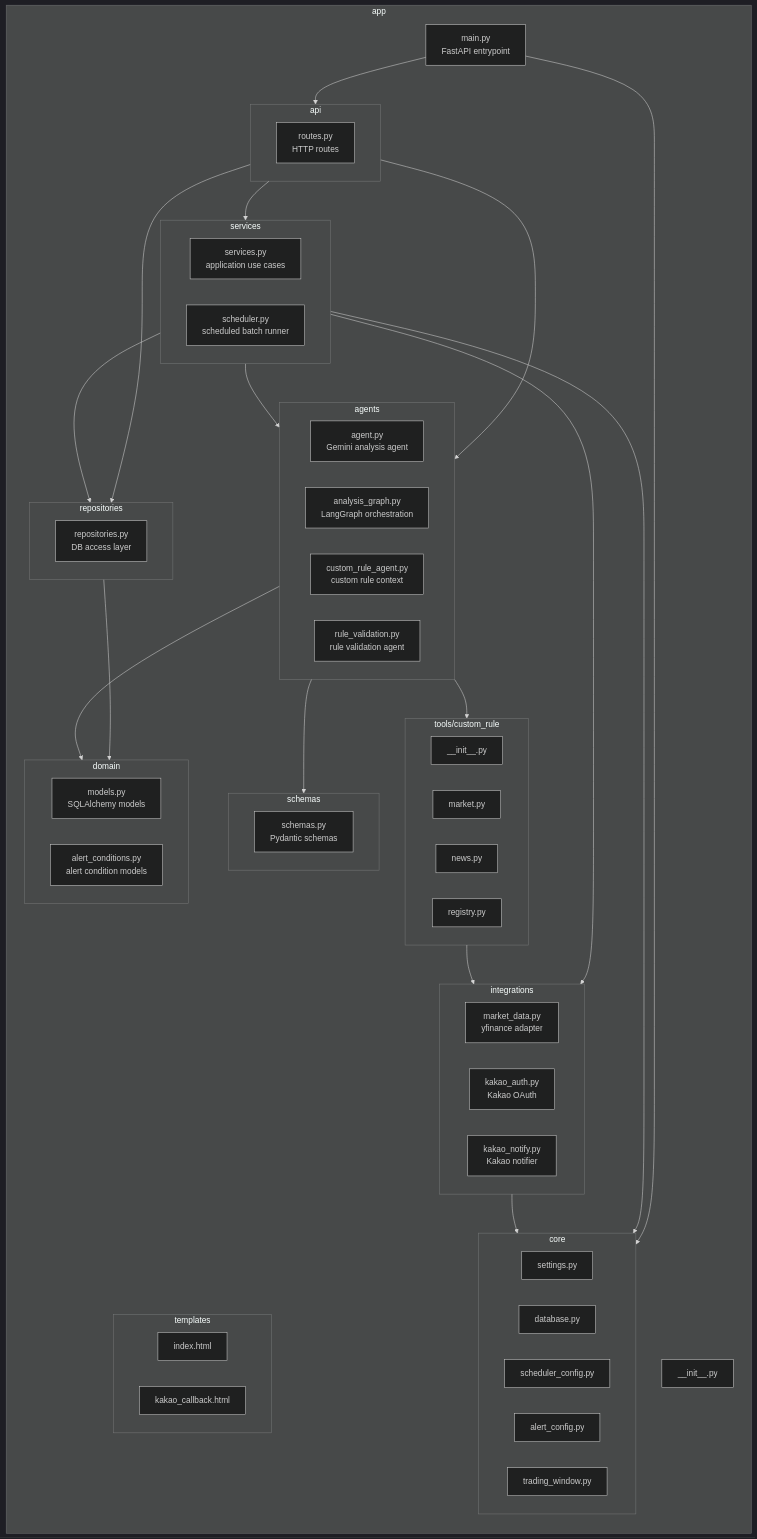
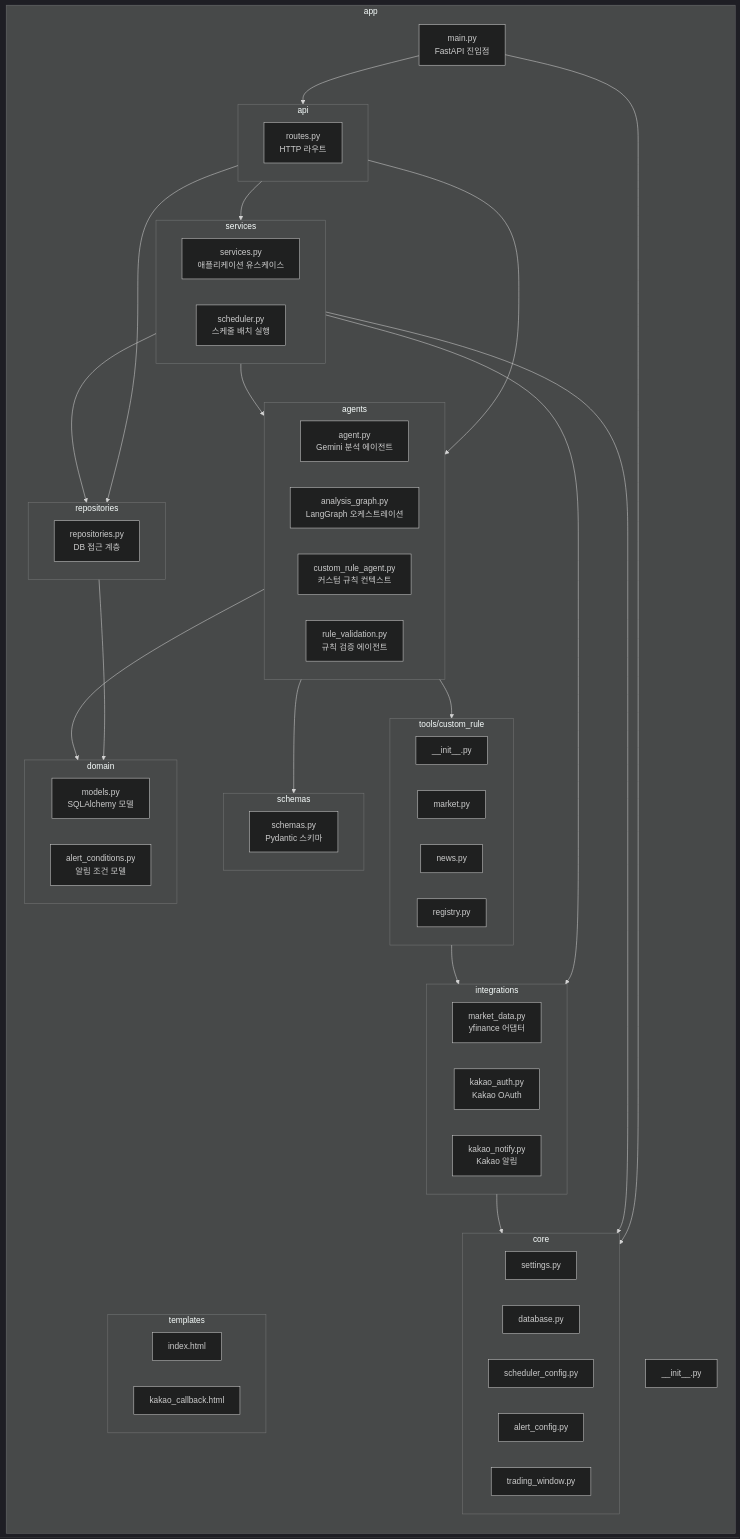
The diagram in docs/pr_12_organize_backend.md (PhilPark-geosr/stock-agent), drawn with Mermaid (dark theme) before and after one commit. The commit also changed other lines of this file, not shown here.

````diff
--- a/docs/pr_12_organize_backend.md
+++ b/docs/pr_12_organize_backend.md
@@ -19,80 +19,80 @@
 ```mermaid
 flowchart TB
   subgraph APP["app"]
     direction TB
 
-    MAIN["main.py<br/>FastAPI entrypoint"]
+    MAIN["main.py<br/>FastAPI 진입점"]
     INIT["__init__.py"]
 
     subgraph API["api"]
-      ROUTES["routes.py<br/>HTTP routes"]
+      ROUTES["routes.py<br/>HTTP 라우트"]
     end
 
     subgraph CORE["core"]
       SETTINGS["settings.py"]
       DATABASE["database.py"]
       SCHEDULER_CONFIG["scheduler_config.py"]
       ALERT_CONFIG["alert_config.py"]
       TRADING_WINDOW["trading_window.py"]
     end
 
     subgraph DOMAIN["domain"]
-      MODELS["models.py<br/>SQLAlchemy models"]
-      ALERT_CONDITIONS["alert_conditions.py<br/>alert condition models"]
+      MODELS["models.py<br/>SQLAlchemy 모델"]
+      ALERT_CONDITIONS["alert_conditions.py<br/>알림 조건 모델"]
     end
 
     subgraph SCHEMAS["schemas"]
-      SCHEMAS_FILE["schemas.py<br/>Pydantic schemas"]
+      SCHEMAS_FILE["schemas.py<br/>Pydantic 스키마"]
     end
 
     subgraph REPOSITORIES["repositories"]
-      REPOSITORIES_FILE["repositories.py<br/>DB access layer"]
+      REPOSITORIES_FILE["repositories.py<br/>DB 접근 계층"]
     end
 
     subgraph SERVICES["services"]
-      SERVICES_FILE["services.py<br/>application use cases"]
-      SCHEDULER["scheduler.py<br/>scheduled batch runner"]
+      SERVICES_FILE["services.py<br/>애플리케이션 유스케이스"]
+      SCHEDULER["scheduler.py<br/>스케줄 배치 실행"]
     end
 
     subgraph AGENTS["agents"]
-      AGENT["agent.py<br/>Gemini analysis agent"]
-      ANALYSIS_GRAPH["analysis_graph.py<br/>LangGraph orchestration"]
-      CUSTOM_RULE_AGENT["custom_rule_agent.py<br/>custom rule context"]
-      RULE_VALIDATION["rule_validation.py<br/>rule validation agent"]
+      AGENT["agent.py<br/>Gemini 분석 에이전트"]
+      ANALYSIS_GRAPH["analysis_graph.py<br/>LangGraph 오케스트레이션"]
+      CUSTOM_RULE_AGENT["custom_rule_agent.py<br/>커스텀 규칙 컨텍스트"]
+      RULE_VALIDATION["rule_validation.py<br/>규칙 검증 에이전트"]
     end
 
     subgraph INTEGRATIONS["integrations"]
-      MARKET_DATA["market_data.py<br/>yfinance adapter"]
+      MARKET_DATA["market_data.py<br/>yfinance 어댑터"]
       KAKAO_AUTH["kakao_auth.py<br/>Kakao OAuth"]
-      KAKAO_NOTIFY["kakao_notify.py<br/>Kakao notifier"]
+      KAKAO_NOTIFY["kakao_notify.py<br/>Kakao 알림"]
     end
 
     subgraph TOOLS["tools/custom_rule"]
       TOOL_INIT["__init__.py"]
       TOOL_MARKET["market.py"]
       TOOL_NEWS["news.py"]
       TOOL_REGISTRY["registry.py"]
     end
 
     subgraph TEMPLATES["templates"]
       INDEX["index.html"]
       KAKAO_CALLBACK["kakao_callback.html"]
     end
   end
 
   MAIN --> API
   MAIN --> CORE
   API --> SERVICES
   API --> AGENTS
   API --> REPOSITORIES
   SERVICES --> REPOSITORIES
   SERVICES --> AGENTS
   SERVICES --> INTEGRATIONS
   SERVICES --> CORE
   REPOSITORIES --> DOMAIN
   AGENTS --> DOMAIN
   AGENTS --> SCHEMAS
   AGENTS --> TOOLS
   INTEGRATIONS --> CORE
   TOOLS --> INTEGRATIONS
 ```
````
